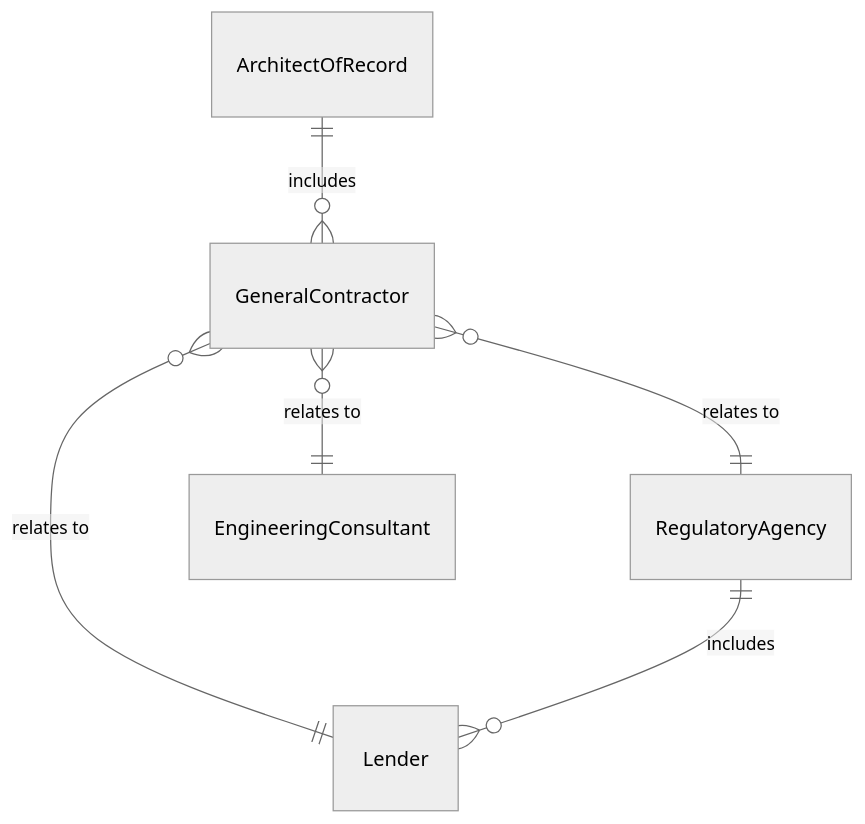
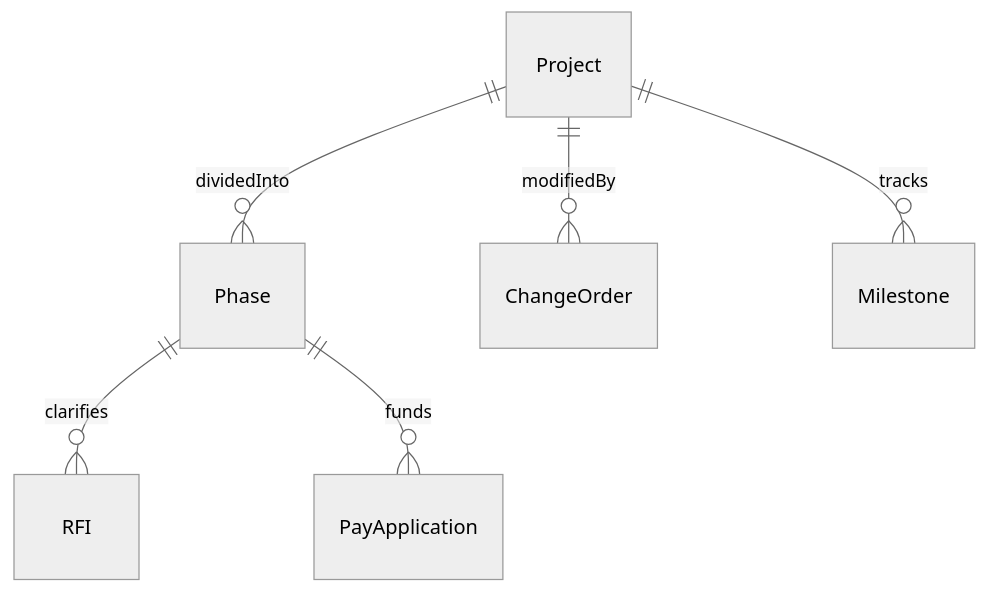
One commit to dot-org-ai/tasks.org.ai changed the first of 4 diagrams in GuidingDirectingAndMotivatingSubordinates/DirectConstructionOrExtractionActivities/CoordinateConstructionProjectActivities.mdx. Above: the diagram before and after it, drawn with Mermaid (neutral theme). The commit also changed other lines of this file and 515 other files, not shown here.

````diff
--- a/GuidingDirectingAndMotivatingSubordinates/DirectConstructionOrExtractionActivities/CoordinateConstructionProjectActivities.mdx
+++ b/GuidingDirectingAndMotivatingSubordinates/DirectConstructionOrExtractionActivities/CoordinateConstructionProjectActivities.mdx
@@ -89,8 +89,8 @@
 ```mermaid
 erDiagram
-    ArchitectOfRecord ||--o{ GeneralContractor : includes
-    GeneralContractor }o--|| RegulatoryAgency : "relates to"
-    GeneralContractor }o--|| Lender : "relates to"
-    GeneralContractor }o--|| EngineeringConsultant : "relates to"
-    RegulatoryAgency ||--o{ Lender : includes
+    Project ||--o{ Phase : dividedInto
+    Project ||--o{ ChangeOrder : modifiedBy
+    Project ||--o{ Milestone : tracks
+    Phase ||--o{ RFI : clarifies
+    Phase ||--o{ PayApplication : funds
 ```
````
